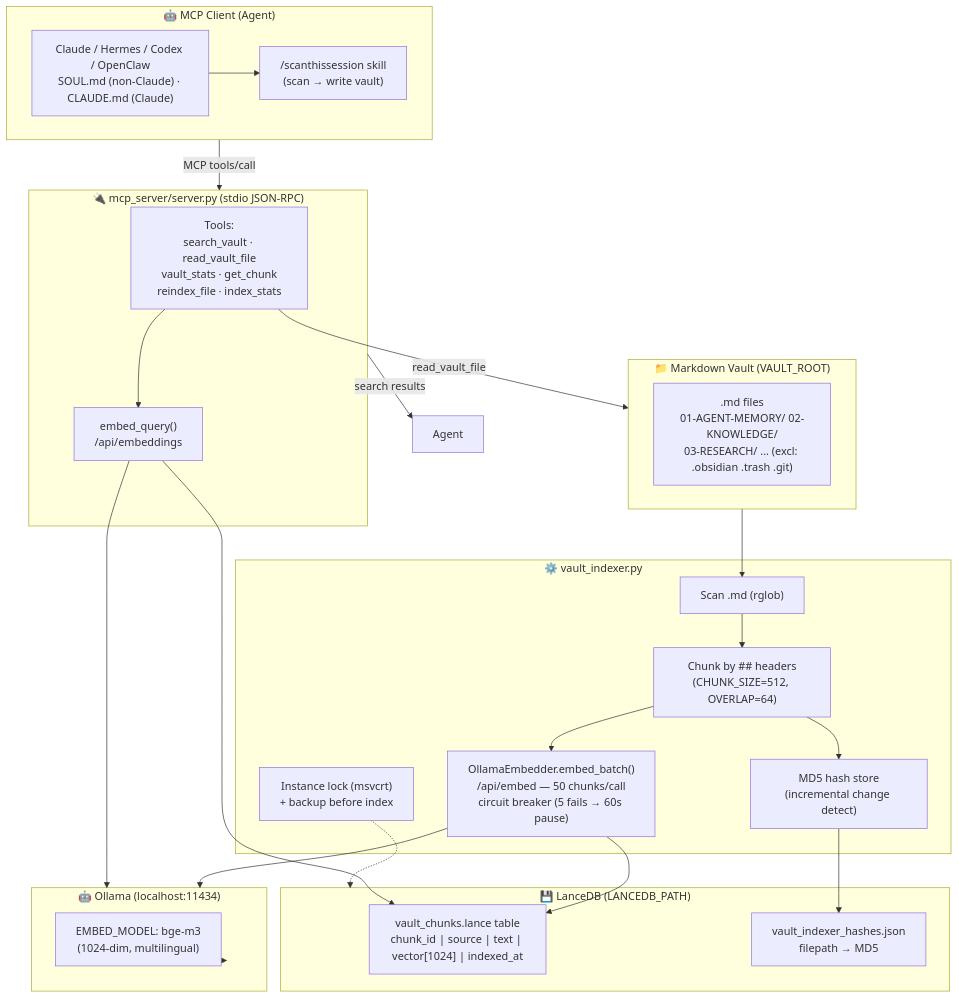
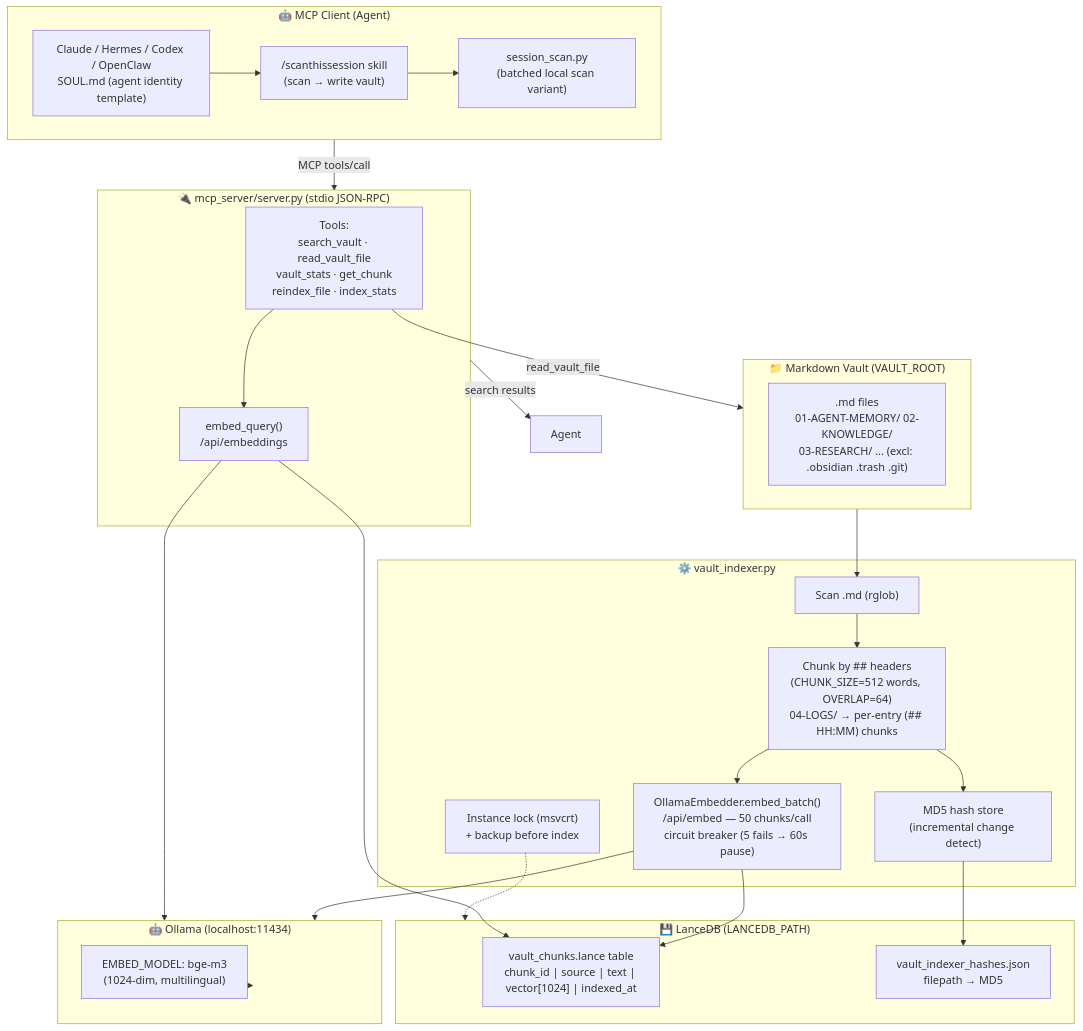
The first of 2 diagrams in README.md (brodewa369/roowet-semantic-vault-search), drawn with Mermaid before and after one commit. The commit also changed other lines of this file, not shown here.

First line of the commit message:
docs: sync README architecture with current system

````diff
--- a/README.md
+++ b/README.md
@@ -93,48 +93,50 @@
 ```mermaid
 graph TB
     subgraph Vault["📁 Markdown Vault (VAULT_ROOT)"]
         MD[".md files<br/>01-AGENT-MEMORY/ 02-KNOWLEDGE/<br/>03-RESEARCH/ ... (excl: .obsidian .trash .git)"]
     end
 
     subgraph Indexer["⚙️ vault_indexer.py"]
         SCAN["Scan .md (rglob)"]
-        CHUNK["Chunk by ## headers<br/>(CHUNK_SIZE=512, OVERLAP=64)"]
+        CHUNK["Chunk by ## headers<br/>(CHUNK_SIZE=512 words, OVERLAP=64)<br/>04-LOGS/ → per-entry (## HH:MM) chunks"]
         HASH["MD5 hash store<br/>(incremental change detect)"]
         EMBED["OllamaEmbedder.embed_batch()<br/>/api/embed — 50 chunks/call<br/>circuit breaker (5 fails → 60s pause)"]
         LOCK["Instance lock (msvcrt)<br/>+ backup before index"]
     end
 
     subgraph Store["💾 LanceDB (LANCEDB_PATH)"]
         LANCE["vault_chunks.lance table<br/>chunk_id | source | text | vector[1024] | indexed_at"]
         HASHJSON["vault_indexer_hashes.json<br/>filepath → MD5"]
     end
 
     subgraph Ollama["🤖 Ollama (localhost:11434)"]
         MODEL["EMBED_MODEL: bge-m3<br/>(1024-dim, multilingual)"]
     end
 
     subgraph MCP["🔌 mcp_server/server.py (stdio JSON-RPC)"]
         TOOLS["Tools:<br/>search_vault · read_vault_file<br/>vault_stats · get_chunk<br/>reindex_file · index_stats"]
         QEMBED["embed_query()<br/>/api/embeddings"]
     end
 
     subgraph Client["🤖 MCP Client (Agent)"]
-        AGENT["Claude / Hermes / Codex / OpenClaw<br/>SOUL.md (non-Claude) · CLAUDE.md (Claude)"]
+        AGENT["Claude / Hermes / Codex / OpenClaw<br/>SOUL.md (agent identity template)"]
         SKILL["/scanthissession skill<br/>(scan → write vault)"]
+        SS["session_scan.py<br/>(batched local scan variant)"]
     end
 
     Vault --> SCAN
     SCAN --> CHUNK --> HASH
     CHUNK --> EMBED --> Ollama
     Ollama --> MODEL
     EMBED --> LANCE
     HASH --> HASHJSON
     LOCK -.-> Store
 
     Client -->|MCP tools/call| MCP
     AGENT --> SKILL
+    SKILL --> SS
     TOOLS --> QEMBED --> Ollama
     QEMBED --> LANCE
     TOOLS -->|read_vault_file| Vault
     MCP -->|search results| Agent
 ```
````
